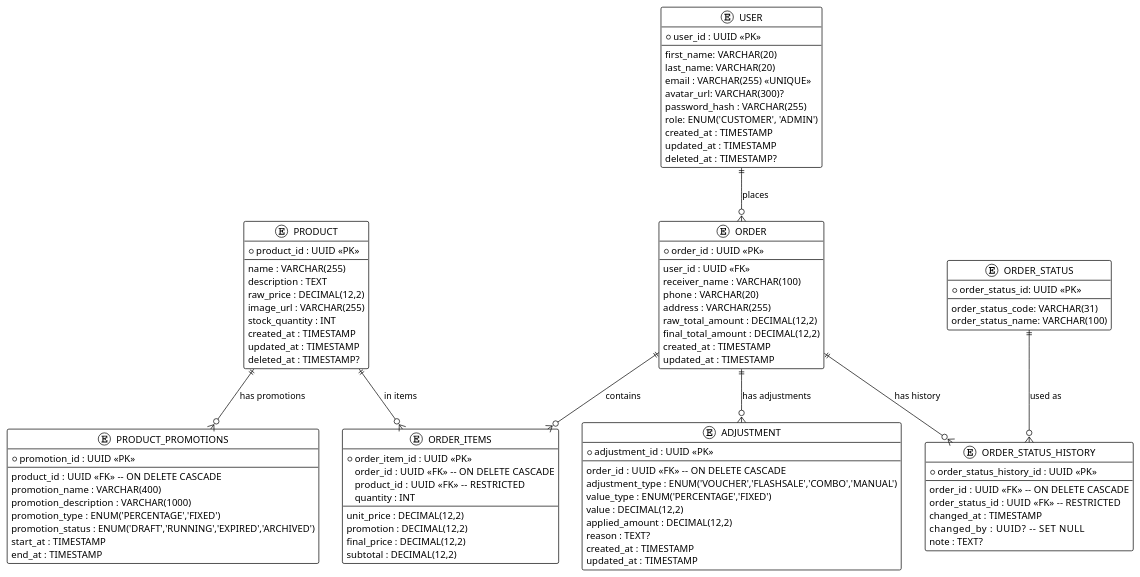
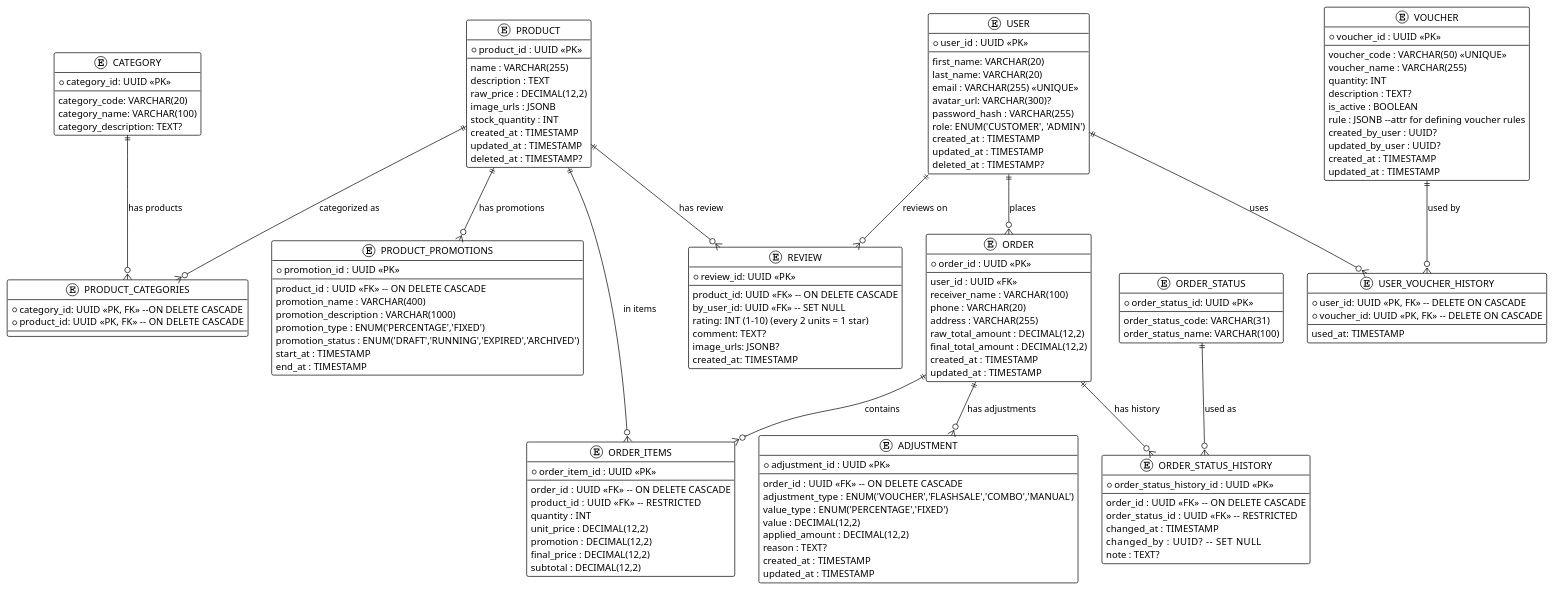
Before and after one commit to ThaiMX-hust/mini-ecommerce: the diagram in docs/erd-database.puml, drawn with PlantUML.

Commit message:
feat: Enhance ERD with additional entities and relationships for product categories, reviews, and vouchers

```diff
--- a/docs/erd-database.puml
+++ b/docs/erd-database.puml
@@ -1,105 +1,160 @@
 @startuml "db"
 !theme plain
 
 entity "USER" as U {
     *user_id : UUID <<PK>>
     --
     first_name: VARCHAR(20)
     last_name: VARCHAR(20)
     email : VARCHAR(255) <<UNIQUE>>
     avatar_url: VARCHAR(300)?
     password_hash : VARCHAR(255)
     role: ENUM('CUSTOMER', 'ADMIN')
     created_at : TIMESTAMP
     updated_at : TIMESTAMP
     deleted_at : TIMESTAMP?
 }
 
 entity "PRODUCT" as P {
     *product_id : UUID <<PK>>
     --
     name : VARCHAR(255)
     description : TEXT
     raw_price : DECIMAL(12,2)
-    image_url : VARCHAR(255)
+    image_urls : JSONB
     stock_quantity : INT
     created_at : TIMESTAMP
     updated_at : TIMESTAMP
     deleted_at : TIMESTAMP?
+}
+
+entity "CATEGORY" as C {
+    *category_id: UUID <<PK>>
+    --
+    category_code: VARCHAR(20)
+    category_name: VARCHAR(100)
+    category_description: TEXT?
+}
+
+entity "PRODUCT_CATEGORIES" as PC {
+    *category_id: UUID <<PK, FK>> --ON DELETE CASCADE
+    *product_id: UUID <<PK, FK>>  -- ON DELETE CASCADE
 }
 
 entity "PRODUCT_PROMOTIONS" as P_P {
     *promotion_id : UUID <<PK>>
     --
     product_id : UUID <<FK>>  -- ON DELETE CASCADE
     promotion_name : VARCHAR(400)
     promotion_description : VARCHAR(1000)
     promotion_type : ENUM('PERCENTAGE','FIXED')
     promotion_status : ENUM('DRAFT','RUNNING','EXPIRED','ARCHIVED')
     start_at : TIMESTAMP
     end_at : TIMESTAMP
 }
 
 entity "ORDER" as O {
     *order_id : UUID <<PK>>
     --
     user_id : UUID <<FK>>
     receiver_name : VARCHAR(100)
     phone : VARCHAR(20)
     address : VARCHAR(255)
     raw_total_amount : DECIMAL(12,2)
     final_total_amount : DECIMAL(12,2)
     created_at : TIMESTAMP
     updated_at : TIMESTAMP
 }
 
 entity "ORDER_ITEMS" as OI {
     *order_item_id : UUID <<PK>>
+    --
     order_id : UUID <<FK>>  -- ON DELETE CASCADE
     product_id : UUID <<FK>>  -- RESTRICTED
     quantity : INT
     unit_price : DECIMAL(12,2)
     promotion : DECIMAL(12,2)
     final_price : DECIMAL(12,2)
     subtotal : DECIMAL(12,2)
 }
 
 entity "ORDER_STATUS" as OS {
     *order_status_id: UUID <<PK>>
     --
     order_status_code: VARCHAR(31)
     order_status_name: VARCHAR(100)
 }
 
 entity "ORDER_STATUS_HISTORY" as OSH {
     *order_status_history_id : UUID <<PK>>
     --
     order_id : UUID <<FK>>  -- ON DELETE CASCADE
     order_status_id : UUID <<FK>>  -- RESTRICTED
     changed_at : TIMESTAMP
     changed_by : UUID?      -- SET NULL
     note : TEXT?
 }
 
 entity "ADJUSTMENT" as ADJ {
   *adjustment_id : UUID <<PK>>
   --
   order_id : UUID <<FK>>  -- ON DELETE CASCADE
   adjustment_type : ENUM('VOUCHER','FLASHSALE','COMBO','MANUAL')
   value_type : ENUM('PERCENTAGE','FIXED')
   value : DECIMAL(12,2)
   applied_amount : DECIMAL(12,2)
   reason : TEXT?
   created_at : TIMESTAMP
   updated_at : TIMESTAMP
 }
 
+entity "REVIEW" as RV {
+    *review_id: UUID <<PK>>
+    --
+    product_id: UUID <<FK>> -- ON DELETE CASCADE
+    by_user_id: UUID <<FK>> -- SET NULL
+    rating: INT (1-10) (every 2 units = 1 star)
+    comment: TEXT?
+    image_urls: JSONB?
+    created_at: TIMESTAMP
+}
+
+entity "USER_VOUCHER_HISTORY" as UVH{
+    *user_id: UUID <<PK, FK>> -- DELETE ON CASCADE
+    *voucher_id: UUID <<PK, FK>> -- DELETE ON CASCADE
+    --
+    used_at: TIMESTAMP
+}
+
+entity "VOUCHER" as VC {
+    *voucher_id : UUID <<PK>>
+    --
+    voucher_code : VARCHAR(50) <<UNIQUE>>
+    voucher_name : VARCHAR(255)
+    quantity: INT
+    description : TEXT?
+    is_active : BOOLEAN
+    rule : JSONB --attr for defining voucher rules
+    created_by_user : UUID?
+    updated_by_user : UUID?
+    created_at : TIMESTAMP
+    updated_at : TIMESTAMP
+}
+
 U ||--o{ O : "places"
 O ||--o{ OI : "contains"
 O ||--o{ OSH : "has history"
 OS ||--o{ OSH : "used as"
 P ||--o{ OI : "in items"
 P ||--o{ P_P : "has promotions"
 O ||--o{ ADJ : "has adjustments"
 
+P ||--o{ PC : "categorized as"
+C ||--o{ PC : "has products"
+P ||--o{ RV : "has review"
+U ||--o{ RV : "reviews on"
+
+U ||--o{ UVH : "uses"
+VC ||--o{ UVH : "used by"
+
 @enduml
```
